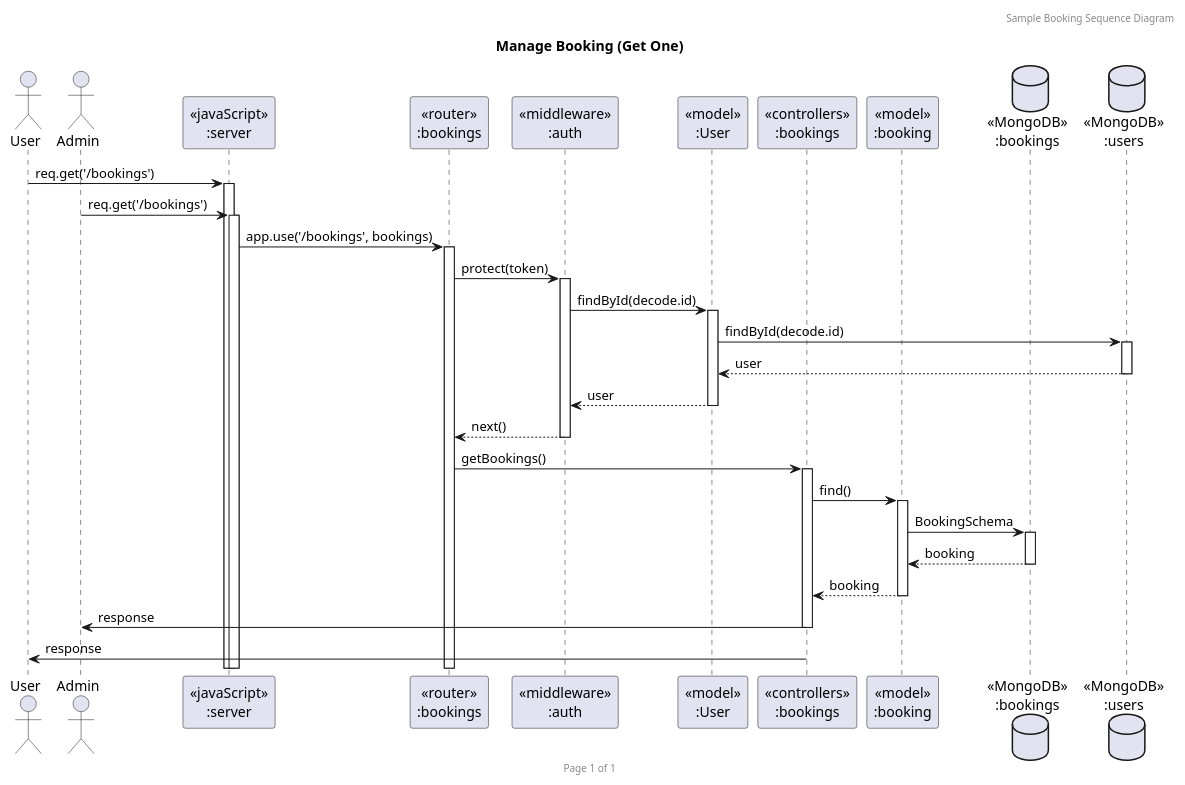
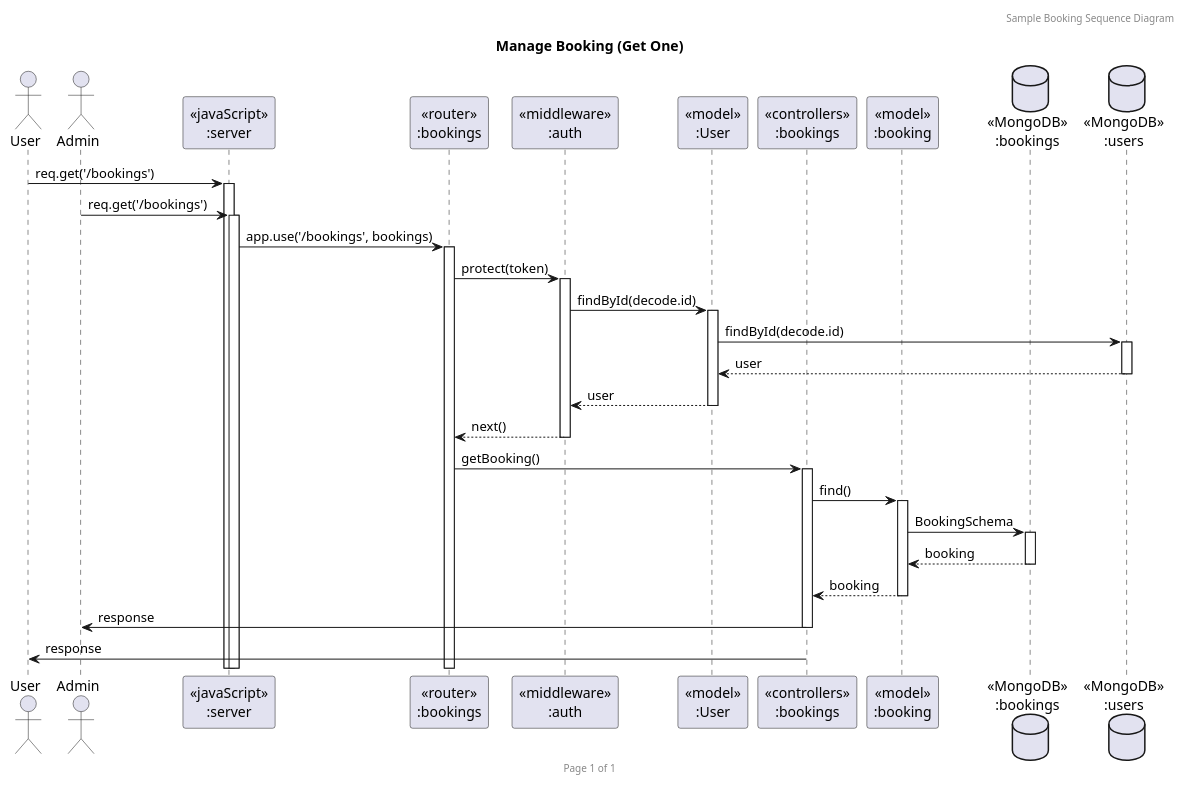
Before and after one commit to tahphalat/Backend-for-fe-project: the diagram in documents/Sequence/Booking/Booking/2GetOneBooking.puml, drawn with PlantUML. The commit also changed 3 other files, not shown here.

Commit message:
satang change function of some plantuml diagrmas

```diff
--- a/documents/Sequence/Booking/Booking/2GetOneBooking.puml
+++ b/documents/Sequence/Booking/Booking/2GetOneBooking.puml
@@ -1,42 +1,42 @@
 @startuml Manage Booking (Get One)
 
 header Sample Booking Sequence Diagram
 footer Page %page% of %lastpage%
 title "Manage Booking (Get One)"
 
 ' --------------------------------------------------------------------
 actor "User" as user
 actor "Admin" as admin
 participant "<<javaScript>>\n:server" as server
 participant "<<router>>\n:bookings" as routerBookings
 participant "<<middleware>>\n:auth" as middlewareAuth
 participant "<<model>>\n:User" as modelUser
 participant "<<controllers>>\n:bookings" as controllersBookings
 participant "<<model>>\n:booking" as modelBookings
 database "<<MongoDB>>\n:bookings" as BookingsDatabase
 database "<<MongoDB>>\n:users" as UsersDatabase
 
 ' --------------------------------------------------------------------
 user -> server ++: req.get('/bookings')
 admin -> server ++: req.get('/bookings')
 server -> routerBookings ++: app.use('/bookings', bookings)
 routerBookings -> middlewareAuth ++: protect(token)
 middlewareAuth -> modelUser ++: findById(decode.id)
 modelUser -> UsersDatabase ++: findById(decode.id)
 modelUser <-- UsersDatabase --: user
 
 middlewareAuth <-- modelUser --:user
 middlewareAuth --> routerBookings --: next()
 
-routerBookings -> controllersBookings ++: getBookings()
+routerBookings -> controllersBookings ++: getBooking()
 
 controllersBookings -> modelBookings ++: find()
 
 modelBookings -> BookingsDatabase ++: BookingSchema
 BookingsDatabase --> modelBookings --: booking
 controllersBookings <-- modelBookings --: booking
 controllersBookings -> admin --: response
 controllersBookings -> user --: response
 
 ' --------------------------------------------------------------------
 @enduml
```
